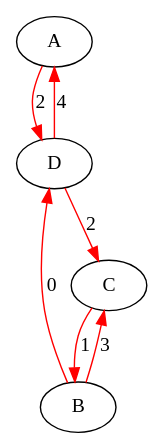
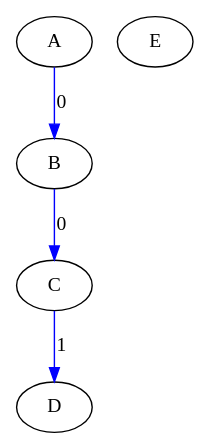
The diagram in src/assignedGraphs/assigned.dot (Hebbe1234/ExpectAll), drawn with Graphviz before and after one commit. The commit also changed 6 other files, not shown here.

```diff
--- a/src/assignedGraphs/assigned.dot
+++ b/src/assignedGraphs/assigned.dot
@@ -1,12 +1,10 @@
 digraph "G" {
 A;
 B;
 C;
 D;
-A -> D  [color=red, key=0, label=2];
-B -> C  [color=red, key=0, label=3];
-B -> D  [color=red, key=0, label=0];
-C -> B  [color=red, key=0, label=1];
-D -> C  [color=red, key=0, label=2];
-D -> A  [color=red, key=0, label=4];
+E;
+A -> B  [color=blue, key=0, label=0];
+B -> C  [color=blue, key=0, label=0];
+C -> D  [color=blue, key=0, label=1];
 }
```
